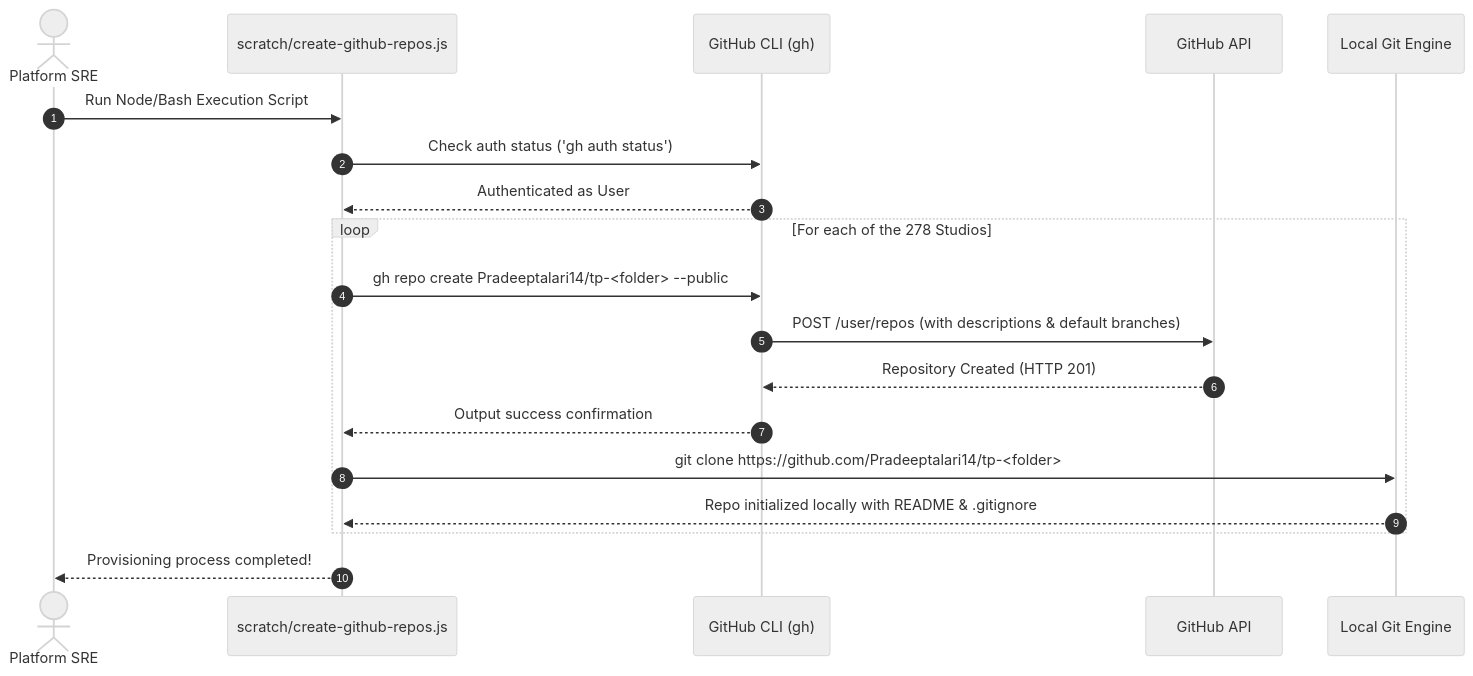
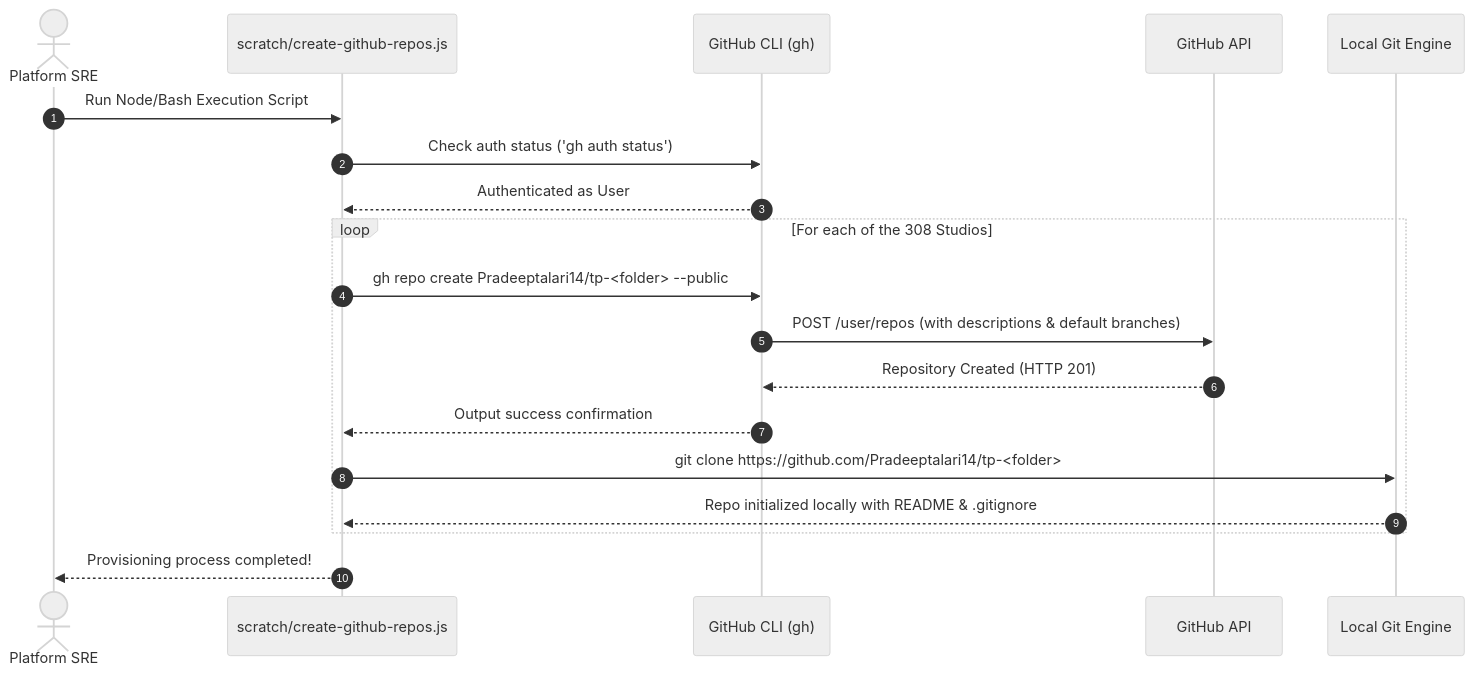
The first of 2 diagrams in GITHUB_PROVISIONING_GUIDE.md (Pradeeptalari14/portfolio), drawn with Mermaid (neutral theme) before and after one commit. The commit also changed other lines of this file and 52 other files, not shown here.

````diff
--- a/GITHUB_PROVISIONING_GUIDE.md
+++ b/GITHUB_PROVISIONING_GUIDE.md
@@ -25,22 +25,22 @@
 ```mermaid
 sequenceDiagram
     autonumber
     actor Engineer as Platform SRE
     participant Script as scratch/create-github-repos.js
     participant gh as GitHub CLI (gh)
     participant API as GitHub API
     participant Git as Local Git Engine
 
     Engineer->>Script: Run Node/Bash Execution Script
     Script->>gh: Check auth status ('gh auth status')
     gh-->>Script: Authenticated as User
-    loop For each of the 278 Studios
+    loop For each of the 308 Studios
         Script->>gh: gh repo create Pradeeptalari14/tp-<folder> --public
         gh->>API: POST /user/repos (with descriptions & default branches)
         API-->>gh: Repository Created (HTTP 201)
         gh-->>Script: Output success confirmation
         Script->>Git: git clone https://github.com/Pradeeptalari14/tp-<folder>
         Git-->>Script: Repo initialized locally with README & .gitignore
     end
     Script-->>Engineer: Provisioning process completed!
 ```
````
